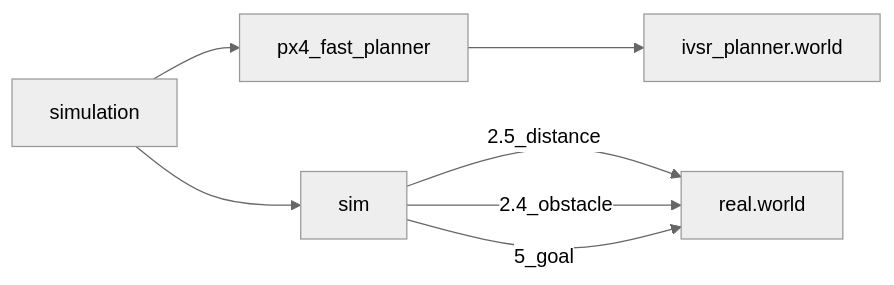
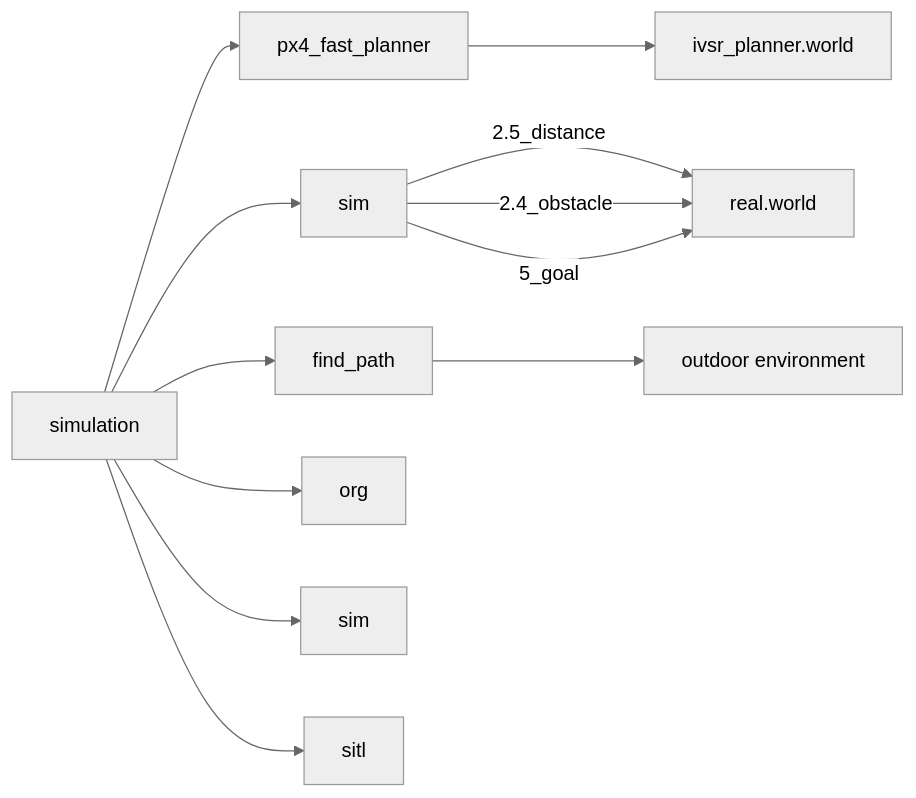
The fifth of 6 diagrams in README.md (Dieptranivsr/drone_extend), drawn with Mermaid (neutral theme) before and after one commit.

````diff
--- a/README.md
+++ b/README.md
@@ -43,10 +43,15 @@
 ```mermaid
 flowchart LR 
 
 A[simulation] --> B[px4_fast_planner];
 B --> C[ivsr_planner.world];
 A --> D[sim];
 D -->|2.5_distance| E[real.world];
 D -->|2.4_obstacle| E;
 D -->|5_goal| E;
+A --> F[find_path];
+F --> G[outdoor environment]
+A --> H[org]
+A --> J[sim]
+A --> K[sitl]
 ```
````
